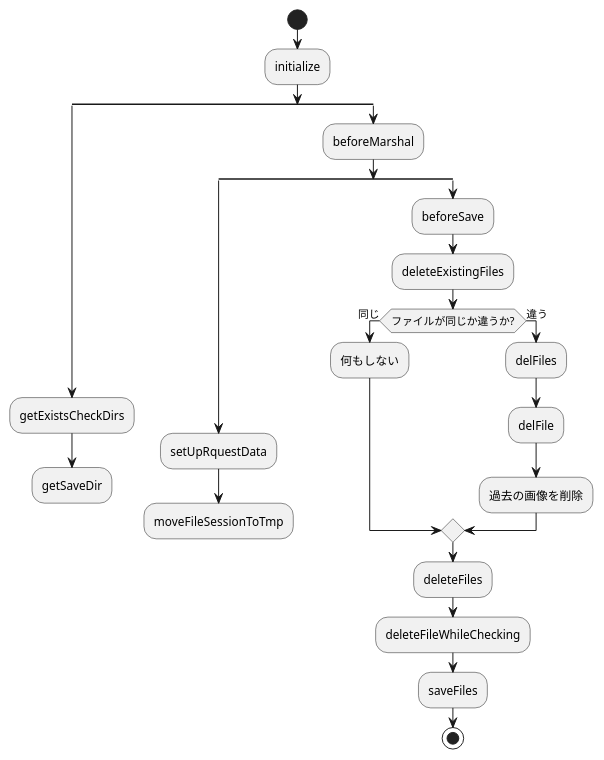
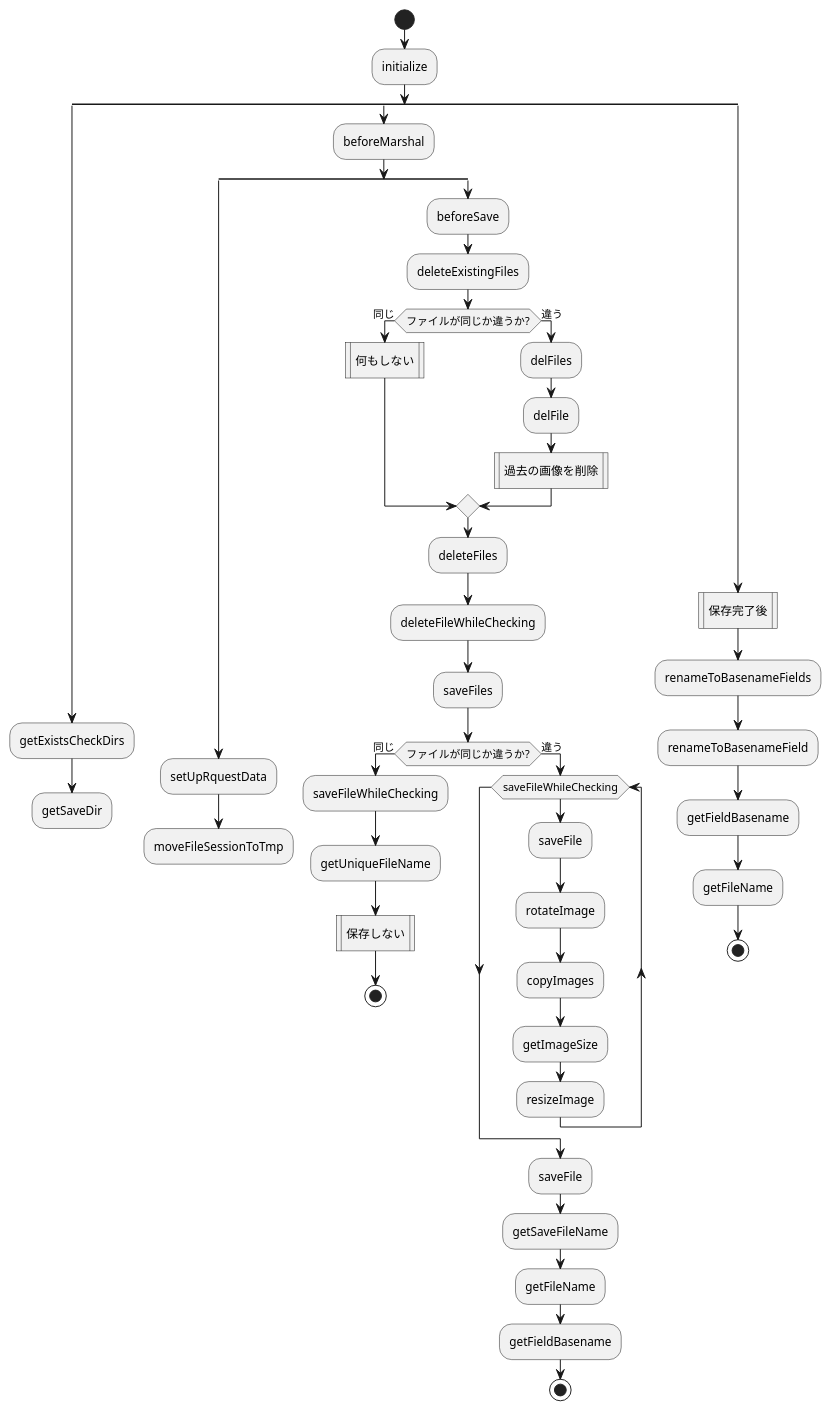
One commit to baserproject/baserproject.github.io changed the diagram in src/puml/5/ucmitz/activity/contents/BcUploadBehavior.puml. Above: the diagram before and after it, drawn with PlantUML. The commit also changed 2 other files, not shown here.

Commit message:
BcUploadBehaviorのアクティビティ図追加

```diff
--- a/src/puml/5/ucmitz/activity/contents/BcUploadBehavior.puml
+++ b/src/puml/5/ucmitz/activity/contents/BcUploadBehavior.puml
@@ -1,30 +1,57 @@
 @startuml
 
 start
 :initialize;
 split
     :getExistsCheckDirs;
     :getSaveDir;
     detach
 split again
     :beforeMarshal;
     split
         :setUpRquestData;
         :moveFileSessionToTmp;
         detach
     split again
         :beforeSave;
         :deleteExistingFiles;
         if (ファイルが同じか違うか?) then (同じ)
-            :何もしない;
+            :何もしない|
         else (違う)
             :delFiles;
             :delFile;
-            :過去の画像を削除;
+            :過去の画像を削除|
         endif
     :deleteFiles;
     :deleteFileWhileChecking;
     :saveFiles;
-stop
+        if (ファイルが同じか違うか?) then (同じ)
+            :saveFileWhileChecking;
+            :getUniqueFileName;
+            :保存しない|
+            stop
+        else (違う)
+            while (saveFileWhileChecking)
+                :saveFile;
+                :rotateImage;
+                :copyImages;
+                :getImageSize;
+                :resizeImage;
+            end while
+                :saveFile;
+                :getSaveFileName;
+                :getFileName;
+                :getFieldBasename;
+                stop
+        endif
+    end split
+split again
+    :保存完了後|
+    :renameToBasenameFields;
+    :renameToBasenameField;
+    :getFieldBasename;
+    :getFileName;
+    stop
+end split
 
 @enduml
```
